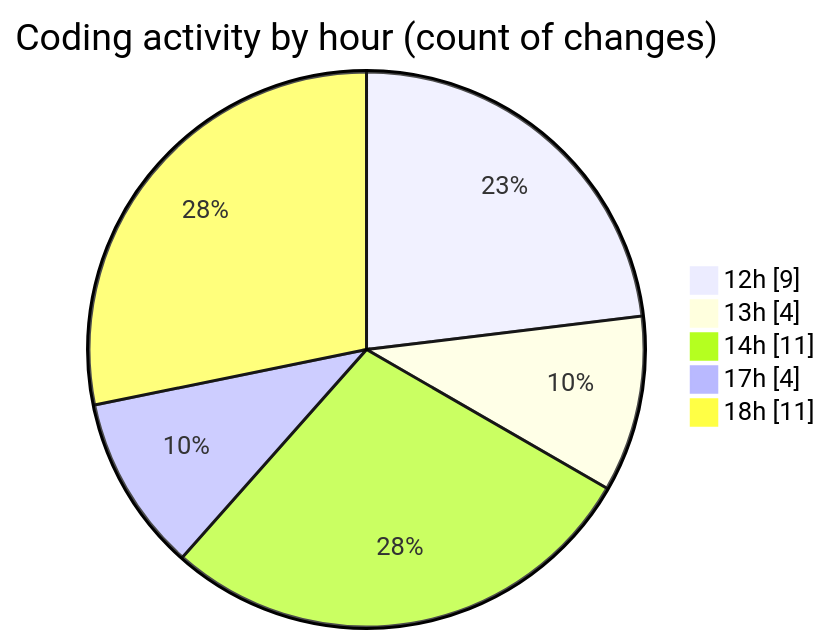
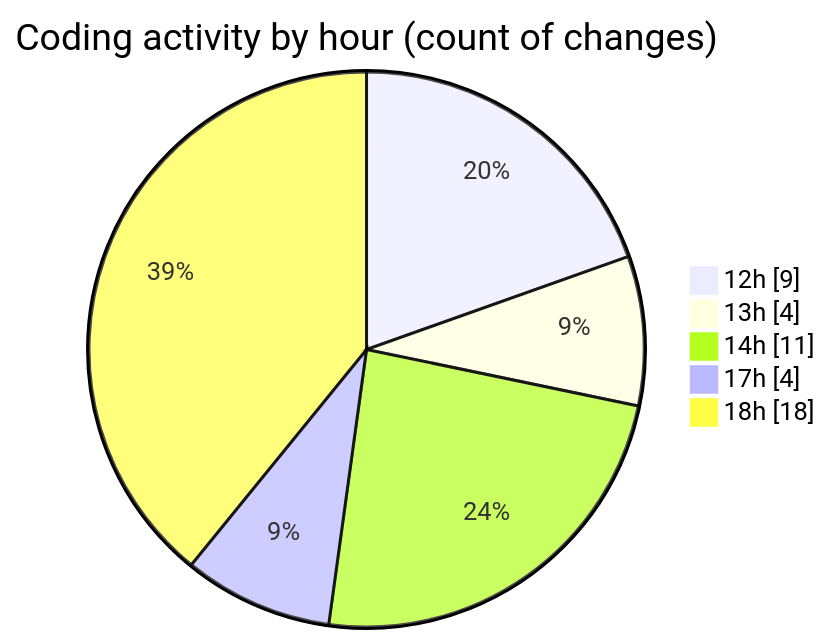
One commit to momahboobian/code-tracking changed the second of 2 diagrams in 2025-06-11/cda/README.md. Above: the diagram before and after it, drawn with Mermaid. The commit also changed other lines of this file and 1 other file, not shown here.

````diff
--- a/2025-06-11/cda/README.md
+++ b/2025-06-11/cda/README.md
@@ -37,9 +40,9 @@
 ```mermaid
 pie showData
 title Coding activity by hour (count of changes)
 "12h" : 9
 "13h" : 4
 "14h" : 11
 "17h" : 4
-"18h" : 11
+"18h" : 18
 ```
````
